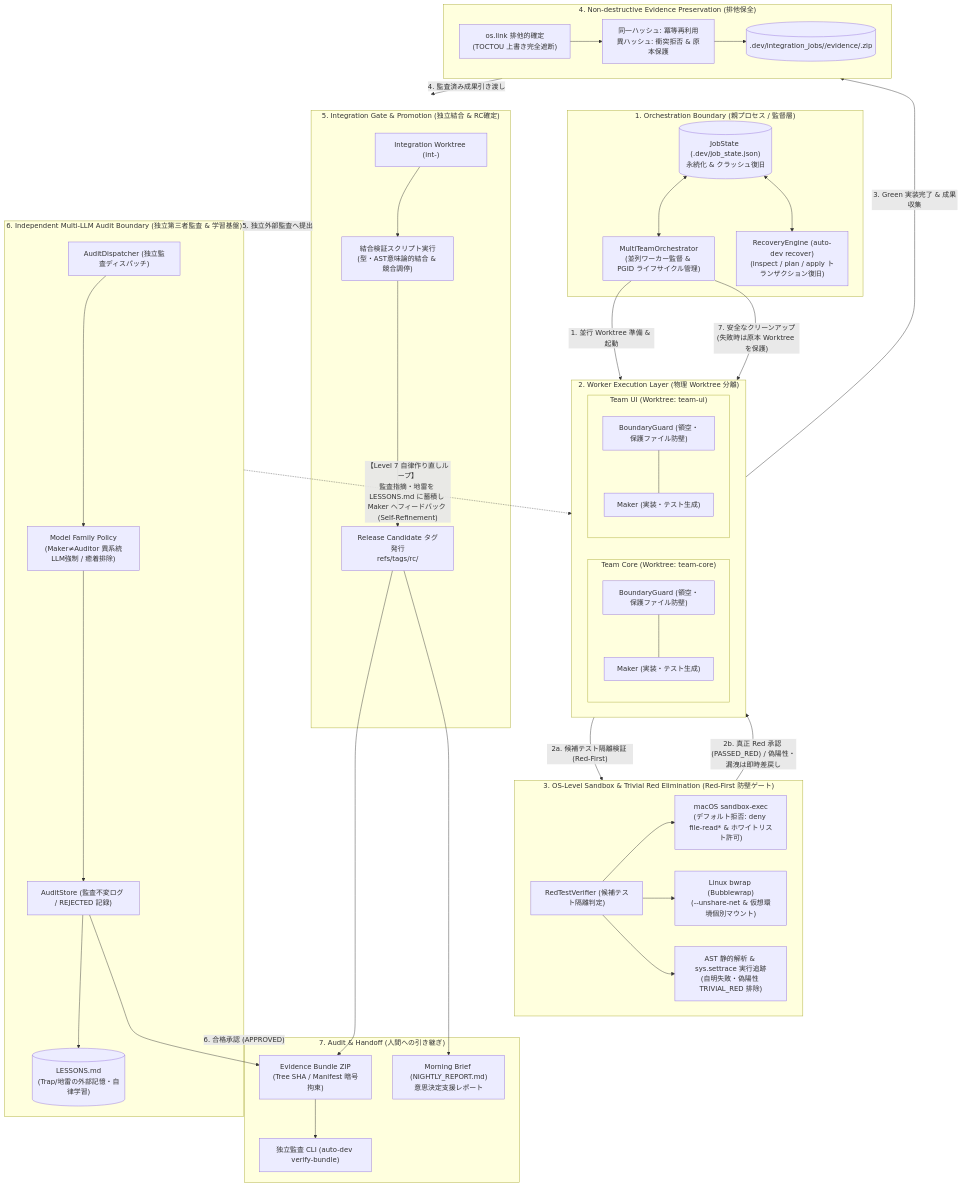
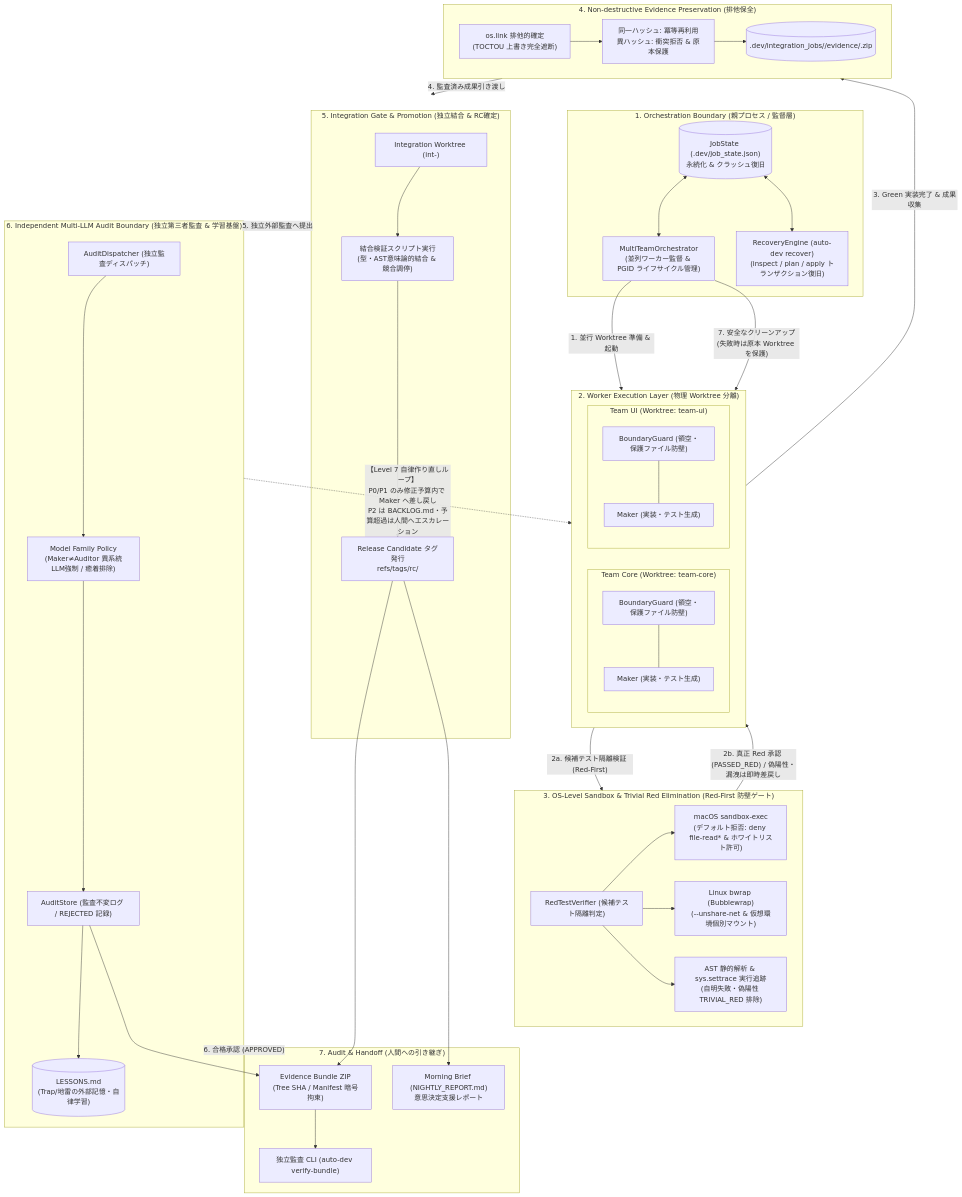
The diagram in README.md (hamatz/auto_developer), drawn with Mermaid before and after one commit. The commit also changed other lines of this file and 3 other files, not shown here.

````diff
--- a/README.md
+++ b/README.md
@@ -30,77 +30,77 @@
 ```mermaid
 flowchart TD
     subgraph Host ["1. Orchestration Boundary (親プロセス / 監督層)"]
         State[("JobState (.dev/job_state.json)<br/>永続化 & クラッシュ復旧")]
         MultiOrch["MultiTeamOrchestrator<br/>(並列ワーカー監督 & PGID ライフサイクル管理)"]
         RecoveryEngine["RecoveryEngine (auto-dev recover)<br/>(inspect / plan / apply トランザクション復旧)"]
         State <--> MultiOrch
         State <--> RecoveryEngine
     end
 
     subgraph Workers ["2. Worker Execution Layer (物理 Worktree 分離)"]
         direction LR
         subgraph TeamCore ["Team Core (Worktree: team-core)"]
             GuardCore["BoundaryGuard (領空・保護ファイル防壁)"]
             MakerCore["Maker (実装・テスト生成)"]
             GuardCore --- MakerCore
         end
         subgraph TeamUI ["Team UI (Worktree: team-ui)"]
             GuardUI["BoundaryGuard (領空・保護ファイル防壁)"]
             MakerUI["Maker (実装・テスト生成)"]
             GuardUI --- MakerUI
         end
     end
 
     subgraph Sandbox ["3. OS-Level Sandbox & Trivial Red Elimination (Red-First 防壁ゲート)"]
         RedVerifier["RedTestVerifier (候補テスト隔離判定)"]
         MacOSSB["macOS sandbox-exec<br/>(デフォルト拒否: deny file-read* & ホワイトリスト許可)"]
         LinuxSB["Linux bwrap (Bubblewrap)<br/>(--unshare-net & 仮想環境個別マウント)"]
         TrivialAST["AST 静的解析 & sys.settrace 実行追跡<br/>(自明失敗・偽陽性 TRIVIAL_RED 排除)"]
         RedVerifier --> MacOSSB
         RedVerifier --> LinuxSB
         RedVerifier --> TrivialAST
     end
 
     subgraph Preservation ["4. Non-destructive Evidence Preservation (排他保全)"]
         LinkAtomic["os.link 排他的確定<br/>(TOCTOU 上書き完全遮断)"]
         Idempotent["同一ハッシュ: 冪等再利用<br/>異ハッシュ: 衝突拒否 & 原本保護"]
         PermBase[(".dev/integration_jobs/<job_id>/evidence/<team_id>.zip")]
         LinkAtomic --> Idempotent --> PermBase
     end
 
     subgraph Gate ["5. Integration Gate & Promotion (独立結合 & RC確定)"]
         IntWT["Integration Worktree (int-<job_id>)"]
         GateVerify["結合検証スクリプト実行<br/>(型・AST意味論的結合 & 競合調停)"]
         RC["Release Candidate タグ発行<br/>refs/tags/rc/<job_id>"]
         IntWT --> GateVerify --> RC
     end
 
     subgraph Audit ["6. Independent Multi-LLM Audit Boundary (独立第三者監査 & 学習基盤)"]
         AuditDisp["AuditDispatcher (独立監査ディスパッチ)"]
         ModelPolicy["Model Family Policy<br/>(Maker≠Auditor 異系統LLM強制 / 癒着排除)"]
         AuditStore["AuditStore (監査不変ログ / REJECTED 記録)"]
         LessonStore[("LESSONS.md<br/>(Trap/地雷の外部記憶・自律学習)")]
         AuditDisp --> ModelPolicy --> AuditStore
         AuditStore --> LessonStore
     end
 
     subgraph Delivery ["7. Audit & Handoff (人間への引き継ぎ)"]
         BundlePkg["Evidence Bundle ZIP<br/>(Tree SHA / Manifest 暗号拘束)"]
         Brief["Morning Brief (NIGHTLY_REPORT.md)<br/>意思決定支援レポート"]
         VerifierTool["独立監査 CLI (auto-dev verify-bundle)"]
         RC --> BundlePkg --> VerifierTool
         AuditStore --> BundlePkg
         RC --> Brief
     end
 
     %% フローと二重ループ (Dual-Loop Architecture)
     MultiOrch -->|"1. 並行 Worktree 準備 & 起動"| Workers
     Workers -->|"2a. 候補テスト隔離検証 (Red-First)"| Sandbox
     Sandbox -->|"2b. 真正 Red 承認 (PASSED_RED) / 偽陽性・漏洩は即時差戻し"| Workers
     Workers -->|"3. Green 実装完了 & 成果収集"| Preservation
     Preservation -->|"4. 監査済み成果引き渡し"| Gate
     Gate -->|"5. 独立外部監査へ提出"| Audit
-    Audit -.->|"【Level 7 自律作り直しループ】<br/>監査指摘・地雷を LESSONS.md に蓄積し Maker へフィードバック (Self-Refinement)"| Workers
+    Audit -.->|"【Level 7 自律作り直しループ】<br/>P0/P1 のみ修正予算内で Maker へ差し戻し<br/>P2 は BACKLOG.md・予算超過は人間へエスカレーション"| Workers
     Audit -->|"6. 合格承認 (APPROVED)"| Delivery
     MultiOrch -->|"7. 安全なクリーンアップ<br/>(失敗時は原本 Worktree を保護)"| Workers
 ```
````
